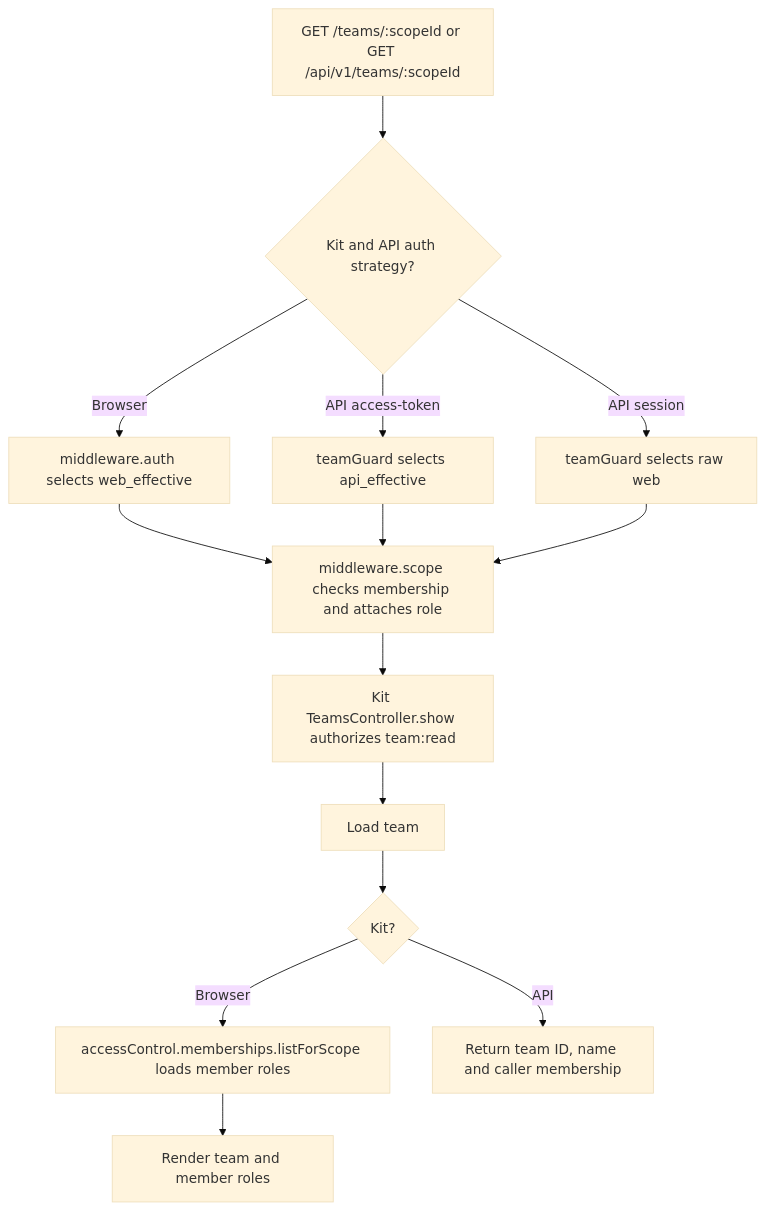
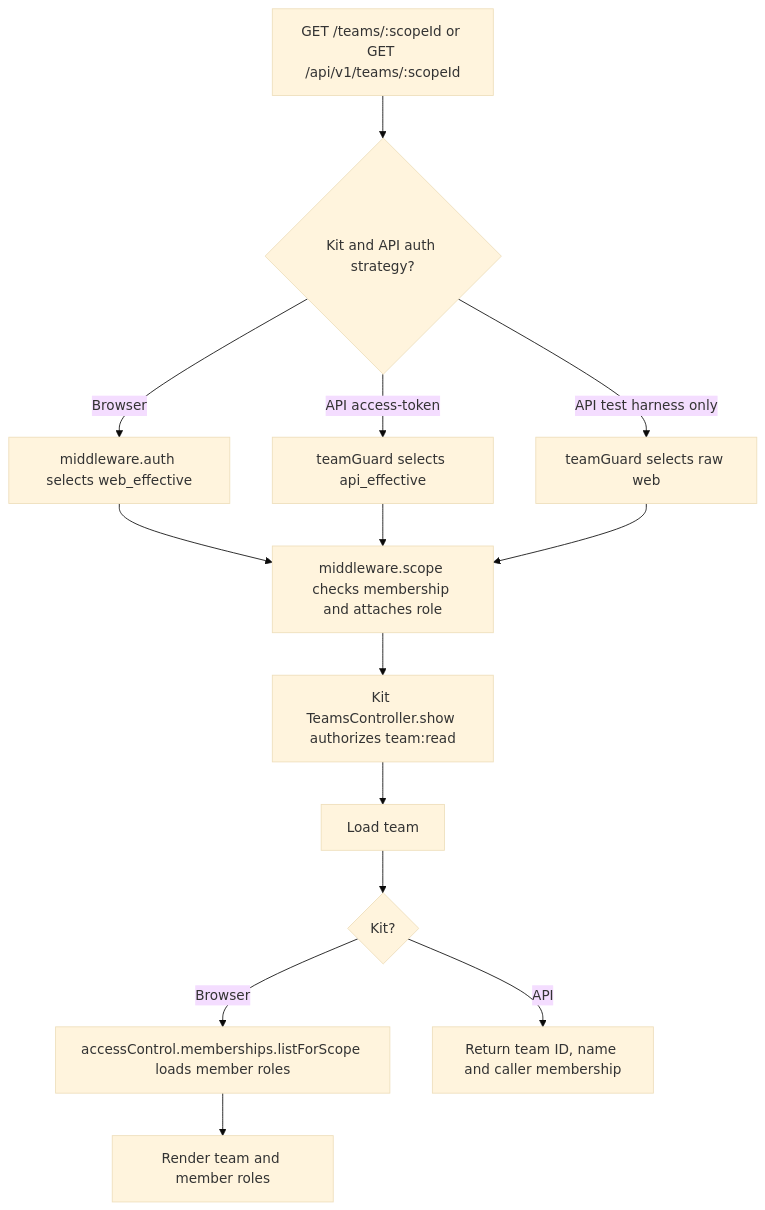
The second of 2 diagrams in user-stories/support/us-masq-02-view-target-team.md (Kevinjohn/oss-adonisjs-starter-examples), drawn with Mermaid (base theme) before and after one commit. The commit also changed other lines of this file and 9 other files, not shown here.

````diff
--- a/user-stories/support/us-masq-02-view-target-team.md
+++ b/user-stories/support/us-masq-02-view-target-team.md
@@ -43,16 +43,16 @@
 ```mermaid
 flowchart TD
     A["GET /teams/:scopeId or GET /api/v1/teams/:scopeId"] --> B{"Kit and API auth strategy?"}
     B -->|Browser| C["middleware.auth selects web_effective"]
     B -->|API access-token| D["teamGuard selects api_effective"]
-    B -->|API session| E["teamGuard selects raw web"]
+    B -->|API test harness only| E["teamGuard selects raw web"]
     C --> F["middleware.scope checks membership and attaches role"]
     D --> F
     E --> F
     F --> G["Kit TeamsController.show authorizes team:read"]
     G --> H["Load team"]
     H --> I{"Kit?"}
     I -->|Browser| L["accessControl.memberships.listForScope loads member roles"]
     L --> J["Render team and member roles"]
     I -->|API| K["Return team ID, name and caller membership"]
 ```
````
